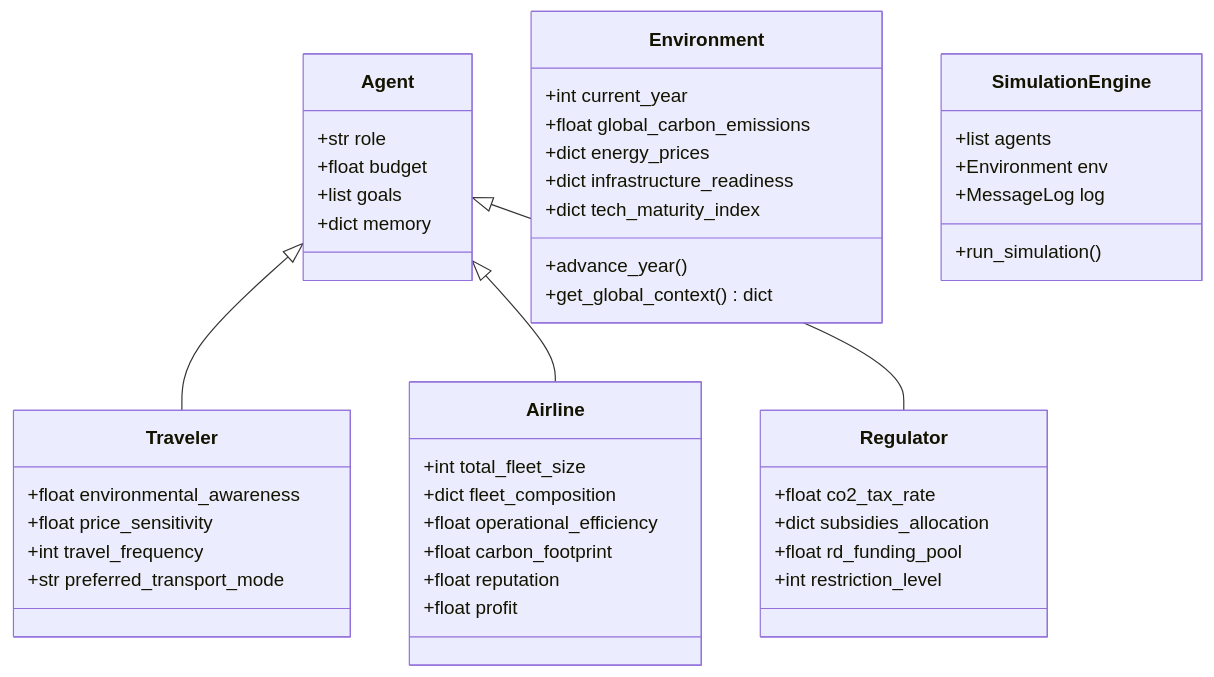
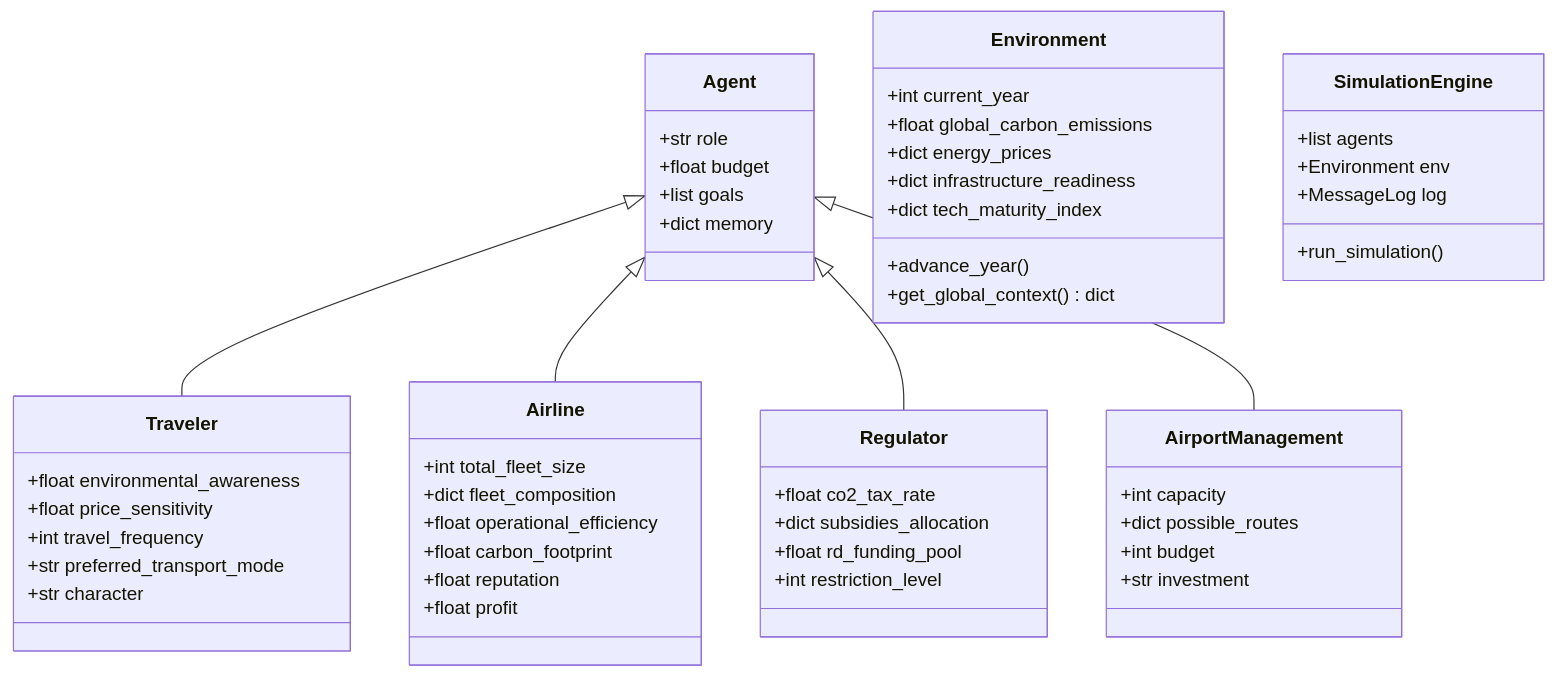
One commit to manucarbajo/AeroForesightAI changed the first of 2 diagrams in docs/manu_challenge1.md. Above: the diagram before and after it, drawn with Mermaid. The commit also changed other lines of this file and 2 other files, not shown here.

Commit message:
actitivty diagram, references and character parameter for traveler

````diff
--- a/docs/manu_challenge1.md
+++ b/docs/manu_challenge1.md
@@ -33,53 +38,62 @@
 ```mermaid
 classDiagram
     class Agent {
         +str role
         +float budget
         +list goals
         +dict memory
     }
 
     class Traveler {
         +float environmental_awareness
         +float price_sensitivity
         +int travel_frequency
         +str preferred_transport_mode
+        +str character
     }
 
     class Airline {
         +int total_fleet_size
         +dict fleet_composition 
         +float operational_efficiency
         +float carbon_footprint
         +float reputation
         +float profit
     }
 
     class Regulator {
         +float co2_tax_rate
         +dict subsidies_allocation 
         +float rd_funding_pool
         +int restriction_level
+    }
+
+    class AirportManagement {
+        +int capacity
+        +dict possible_routes
+        +int budget
+        +str investment
     }
 
     class Environment {
         +int current_year
         +float global_carbon_emissions
         +dict energy_prices
         +dict infrastructure_readiness 
         +dict tech_maturity_index 
         +advance_year()
         +get_global_context() dict
     }
 
     class SimulationEngine {
         +list agents
         +Environment env
         +MessageLog log
         +run_simulation()
     }
 
     Agent <|-- Traveler
     Agent <|-- Airline
     Agent <|-- Regulator
+    Agent <|-- AirportManagement
 ```
````
